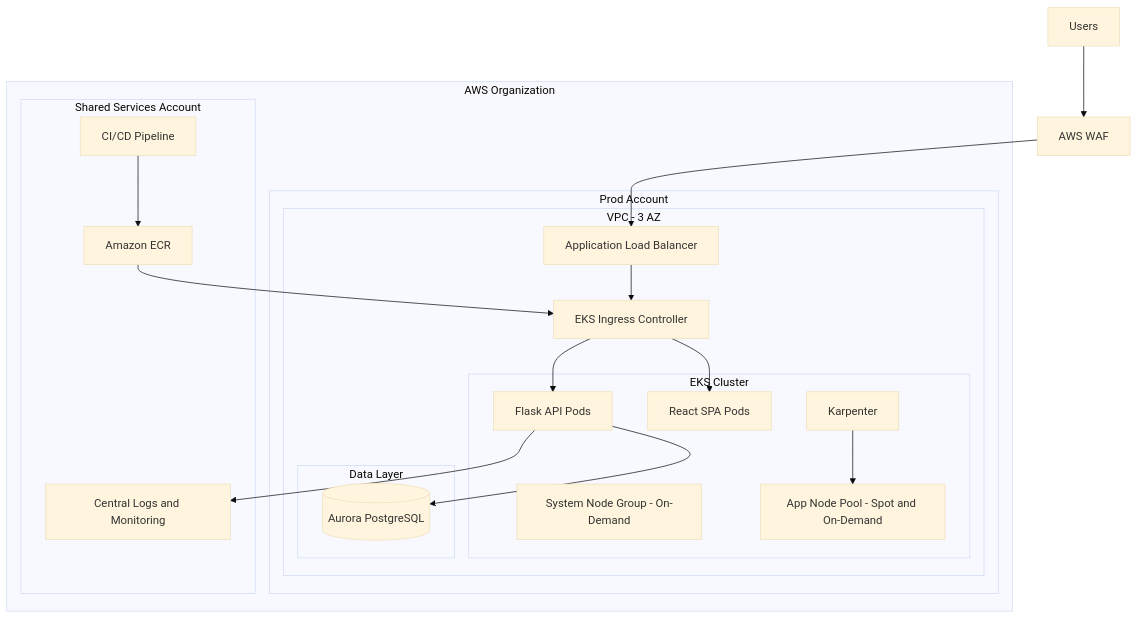
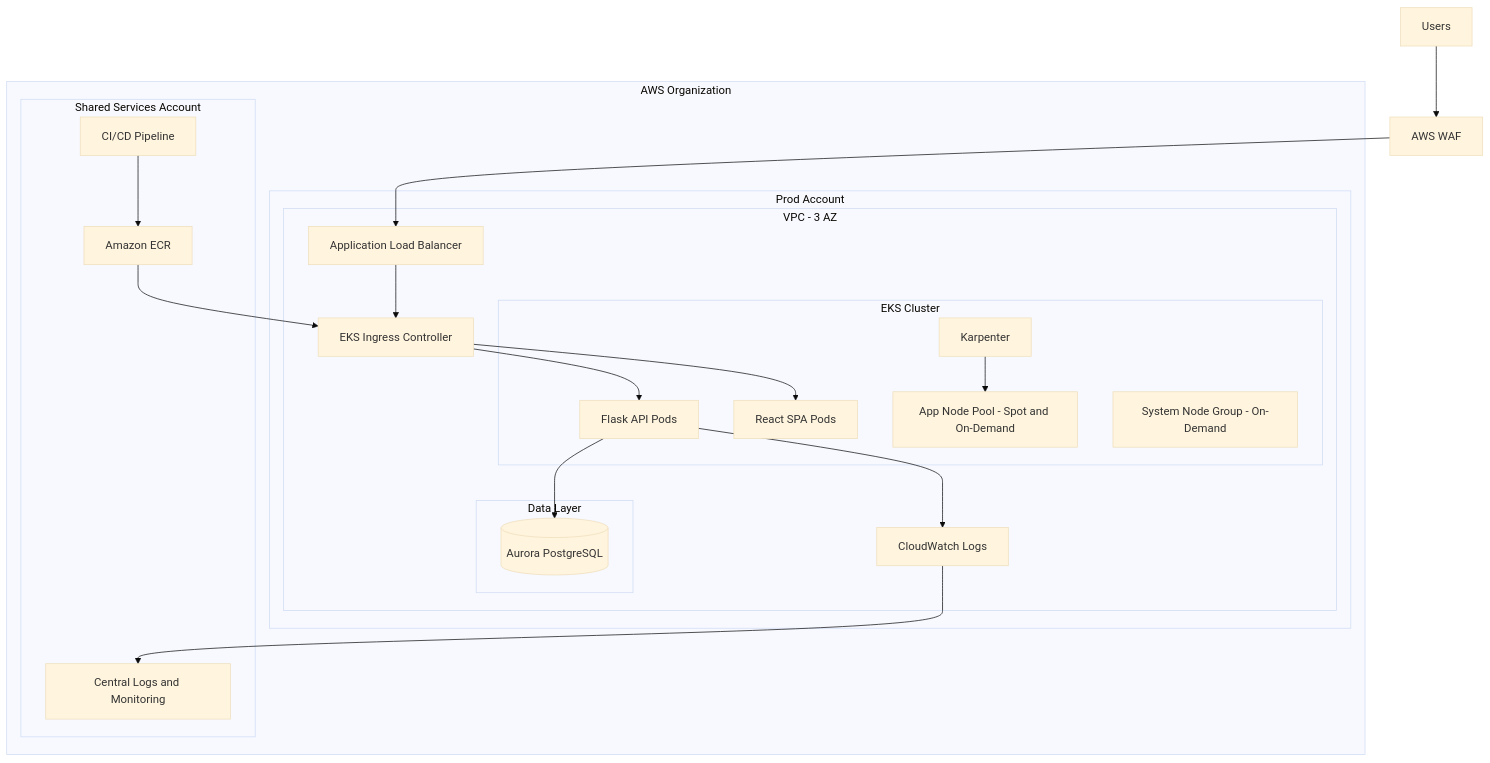
The diagram in architecture/README.md (gezim-tech/opsfleet), drawn with Mermaid (base theme) before and after one commit. The commit also changed other lines of this file and 1 other file, not shown here.

Commit message:
fix: improve readability for arch diagram

````diff
--- a/architecture/README.md
+++ b/architecture/README.md
@@ -199,38 +199,41 @@
 ```mermaid
 flowchart TB
   U[Users] --> WAF[AWS WAF]
   WAF --> ALB[Application Load Balancer]
 
   subgraph ORG[AWS Organization]
+    subgraph SHARED[Shared Services Account]
+      CI[CI/CD Pipeline] --> ECR[Amazon ECR]
+      LOGS[Central Logs and Monitoring]
+    end
+
     subgraph PROD[Prod Account]
       subgraph VPC[VPC - 3 AZ]
         ALB --> ING[EKS Ingress Controller]
 
         subgraph EKS[EKS Cluster]
+          API[Flask API Pods]
+          FE[React SPA Pods]
+          KARP[Karpenter]
+          APPN[App Node Pool - Spot and On-Demand]
           SYS[System Node Group - On-Demand]
-          APPN[App Node Pool - Spot and On-Demand]
-          KARP[Karpenter]
-          FE[React SPA Pods]
-          API[Flask API Pods]
         end
 
         subgraph DATA[Data Layer]
           DB[(Aurora PostgreSQL)]
         end
 
+        CWL[CloudWatch Logs]
+
+        ING --> API
         ING --> FE
-        ING --> API
         API --> DB
+        API --> CWL
         KARP --> APPN
       end
     end
 
-    subgraph SHARED[Shared Services Account]
-      CI[CI/CD Pipeline] --> ECR[Amazon ECR]
-      LOGS[Central Logs and Monitoring]
-    end
-
     ECR --> ING
-    API --> LOGS
+    CWL --> LOGS
   end
 ```
````
